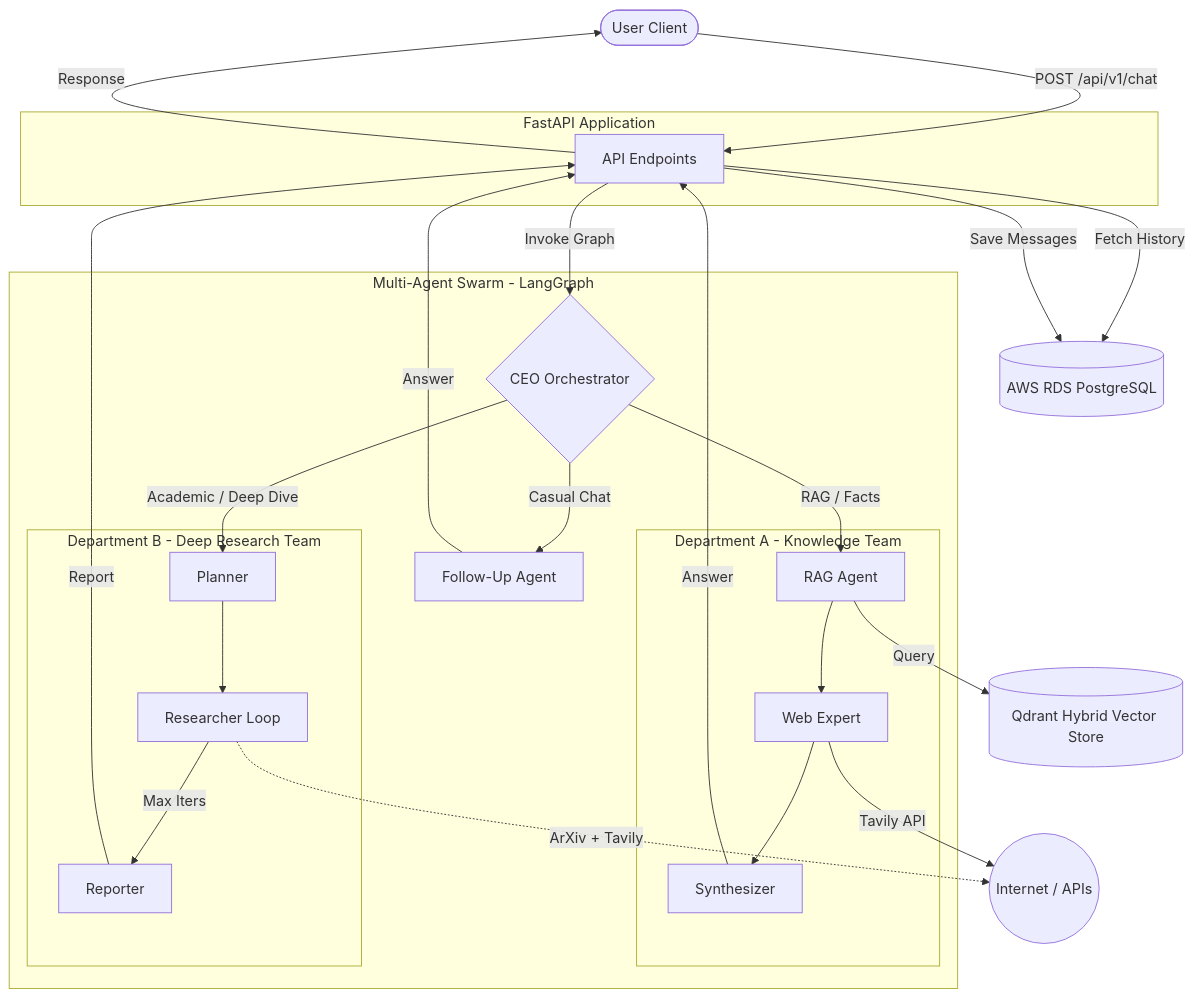
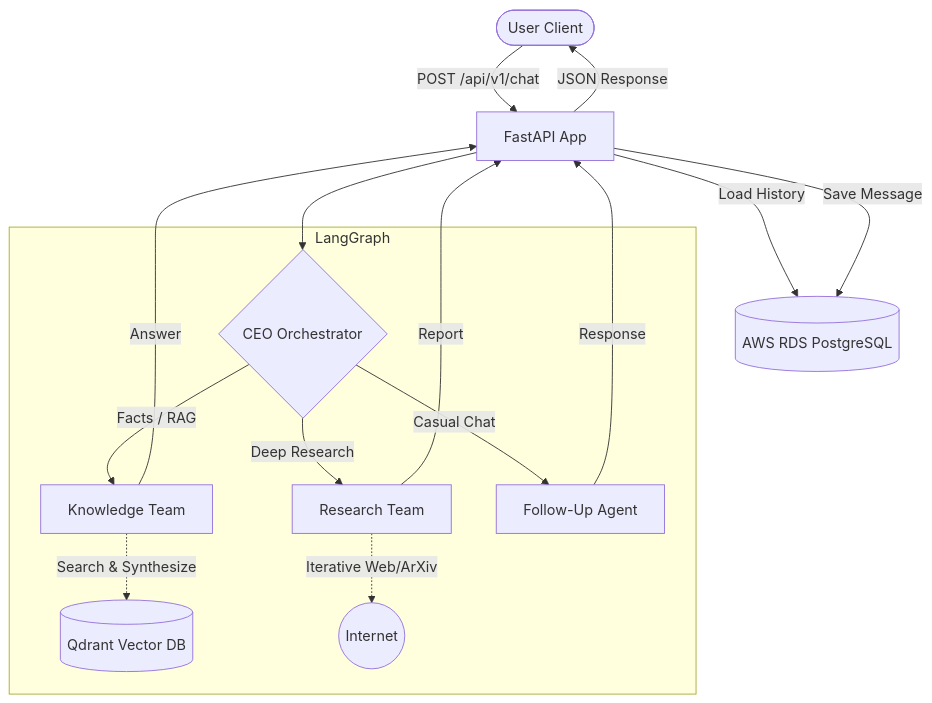
Before and after one commit to smt2208/praxis-ai: the diagram in README.md, drawn with Mermaid.

Commit message:
readme changes

````diff
--- a/README.md
+++ b/README.md
@@ -9,64 +9,23 @@
 ```mermaid
 graph TD
-    %% Entities
-    User([User Client])
-    DB[(AWS RDS PostgreSQL)]
-    Qdrant[(Qdrant Hybrid Vector Store)]
-    Web((Internet / APIs))
-
-    %% Core App
-    subgraph APIApp [FastAPI Application]
-        API[API Endpoints]
+    User([User Client]) --> |POST /api/v1/chat| API[FastAPI App]
+    API --> |Load History| DB[(AWS RDS PostgreSQL)]
+    
+    API --> CEO{CEO Orchestrator}
+    
+    subgraph Multi-Agent Swarm [LangGraph]
+        CEO --> |Facts / RAG| Knowledge[Knowledge Team]
+        CEO --> |Deep Research| Research[Research Team]
+        CEO --> |Casual Chat| FollowUp[Follow-Up Agent]
+        
+        Knowledge -.-> |Search & Synthesize| Qdrant[(Qdrant Vector DB)]
+        Research -.-> |Iterative Web/ArXiv| Web((Internet))
     end
-
-    %% CEO Routing
-    subgraph Swarm [Multi-Agent Swarm - LangGraph]
-        CEO{CEO Orchestrator}
-        
-        %% Department A
-        subgraph DeptA [Department A - Knowledge Team]
-            RAG[RAG Agent]
-            WebExp[Web Expert]
-            Synth[Synthesizer]
-        end
-        
-        %% Department B
-        subgraph DeptB [Department B - Deep Research Team]
-            Plan[Planner]
-            SearchLoop[Researcher Loop]
-            Report[Reporter]
-        end
-        
-        %% Department C
-        FollowUp[Follow-Up Agent]
-    end
-
-    %% Flow
-    User --> |POST /api/v1/chat| API
-    API --> |Fetch History| DB
-    API --> |Invoke Graph| CEO
     
-    %% Routing
-    CEO --> |RAG / Facts| RAG
-    CEO --> |Academic / Deep Dive| Plan
-    CEO --> |Casual Chat| FollowUp
+    Knowledge --> |Answer| API
+    Research --> |Report| API
+    FollowUp --> |Response| API
     
-    %% Knowledge Flow
-    RAG --> |Query| Qdrant
-    RAG --> WebExp
-    WebExp --> |Tavily API| Web
-    WebExp --> Synth
-    
-    %% Research Flow
-    Plan --> SearchLoop
-    SearchLoop -.-> |ArXiv + Tavily| Web
-    SearchLoop --> |Max Iters| Report
-    
-    %% Output
-    Synth --> |Answer| API
-    Report --> |Report| API
-    FollowUp --> |Answer| API
-    
-    API --> |Save Messages| DB
-    API --> |Response| User
+    API --> |Save Message| DB
+    API --> |JSON Response| User
 ```
````
